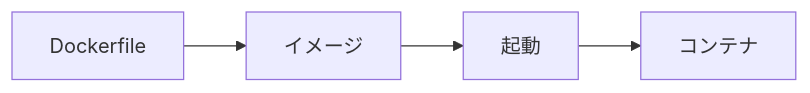
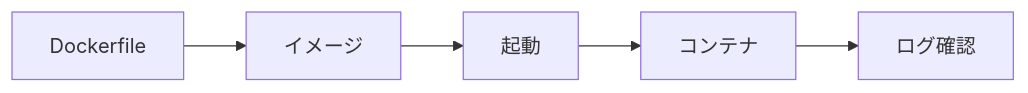
The diagram in docs/fundamentals/docker.md (isksss/awesome), drawn with Mermaid before and after one commit. The commit also changed other lines of this file and 28 other files, not shown here.

````diff
--- a/docs/fundamentals/docker.md
+++ b/docs/fundamentals/docker.md
@@ -42,6 +32,7 @@
 ```mermaid
 flowchart LR
   File[Dockerfile] --> Image[イメージ]
   Image --> Run[起動]
   Run --> Container[コンテナ]
+  Container --> Logs[ログ確認]
 ```
````
